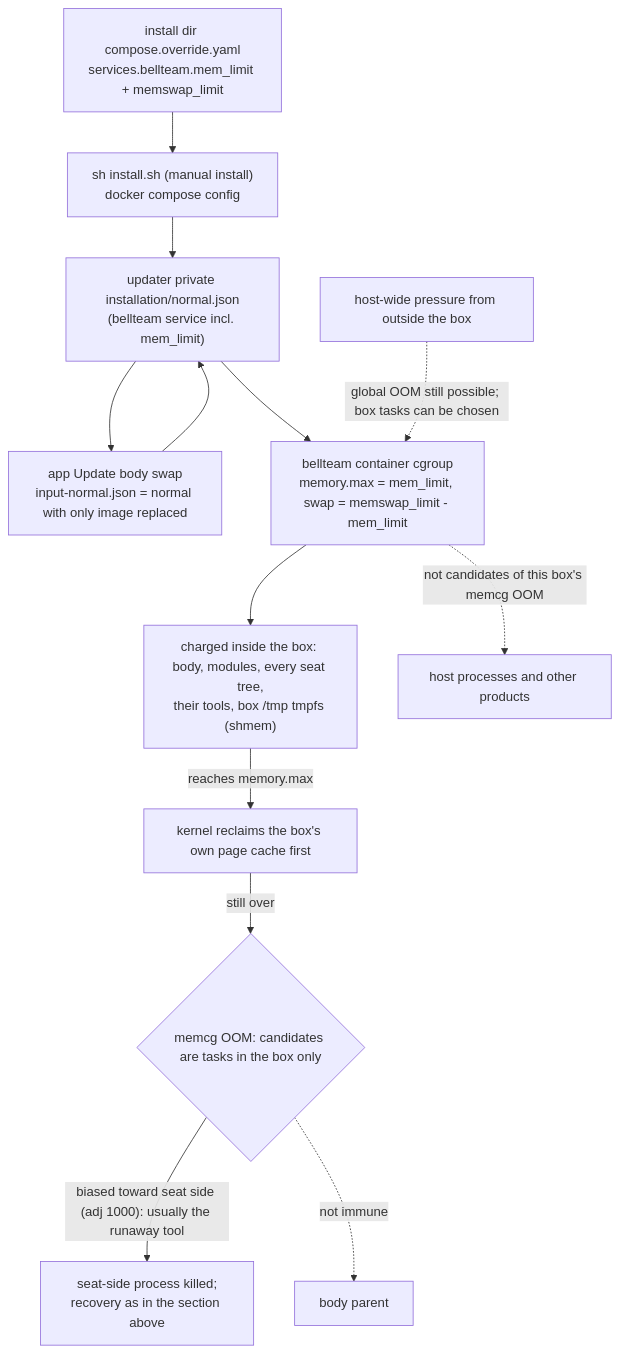
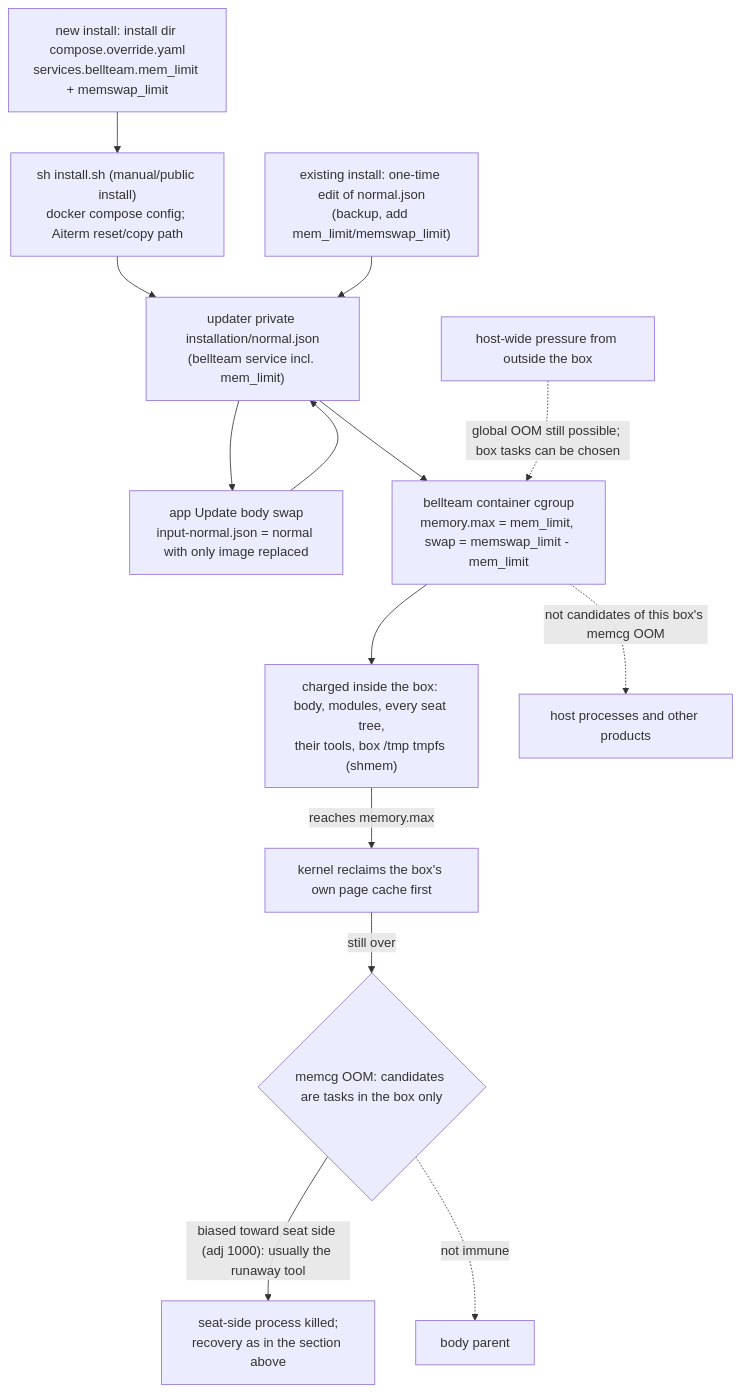
The fourth of 6 diagrams in docs/architecture/modules/runtime/execution.md (kitepon/BellTeam), drawn with Mermaid before and after one commit. The commit also changed other lines of this file, not shown here.

First line of the commit message:
Correct the box memory bound carrier: existing installs edit normal.json once

````diff
--- a/docs/architecture/modules/runtime/execution.md
+++ b/docs/architecture/modules/runtime/execution.md
@@ -111,15 +111,16 @@
 ```mermaid
 flowchart TD
-  Override["install dir compose.override.yaml<br/>services.bellteam.mem_limit + memswap_limit"] --> Install["sh install.sh (manual install)<br/>docker compose config"]
+  Override["new install: install dir compose.override.yaml<br/>services.bellteam.mem_limit + memswap_limit"] --> Install["sh install.sh (manual/public install)<br/>docker compose config; Aiterm reset/copy path"]
   Install --> Normal["updater private installation/normal.json<br/>(bellteam service incl. mem_limit)"]
+  Existing["existing install: one-time edit of normal.json<br/>(backup, add mem_limit/memswap_limit)"] --> Normal
   Normal --> AppUpdate["app Update body swap<br/>input-normal.json = normal with only image replaced"]
   AppUpdate --> Normal
   Normal --> Box["bellteam container cgroup<br/>memory.max = mem_limit, swap = memswap_limit - mem_limit"]
   Box --> Charge["charged inside the box: body, modules, every seat tree,<br/>their tools, box /tmp tmpfs (shmem)"]
   Charge -->|"reaches memory.max"| Reclaim["kernel reclaims the box's own page cache first"]
   Reclaim -->|"still over"| MemcgOOM{"memcg OOM: candidates are tasks in the box only"}
   MemcgOOM -->|"biased toward seat side (adj 1000): usually the runaway tool"| SeatTree["seat-side process killed;<br/>recovery as in the section above"]
   MemcgOOM -.->|"not immune"| Parent["body parent"]
   Box -.->|"not candidates of this box's memcg OOM"| Host["host processes and other products"]
   HostPressure["host-wide pressure from outside the box"] -.->|"global OOM still possible; box tasks can be chosen"| Box
 ```
````
